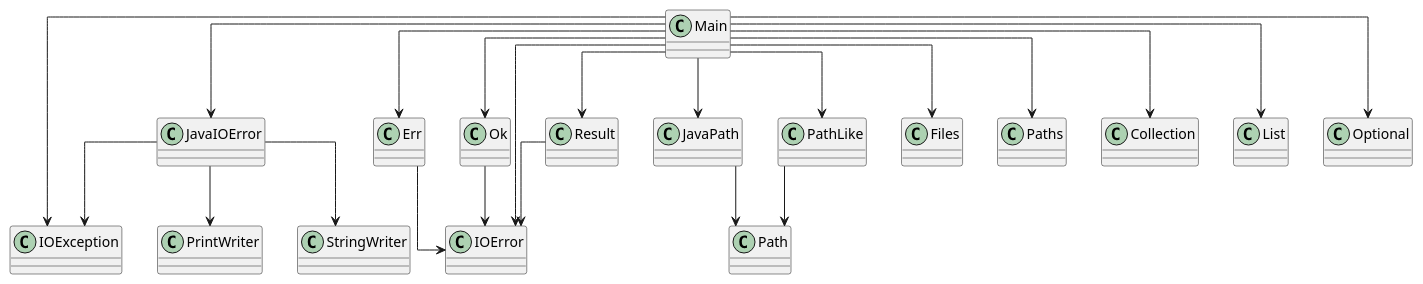
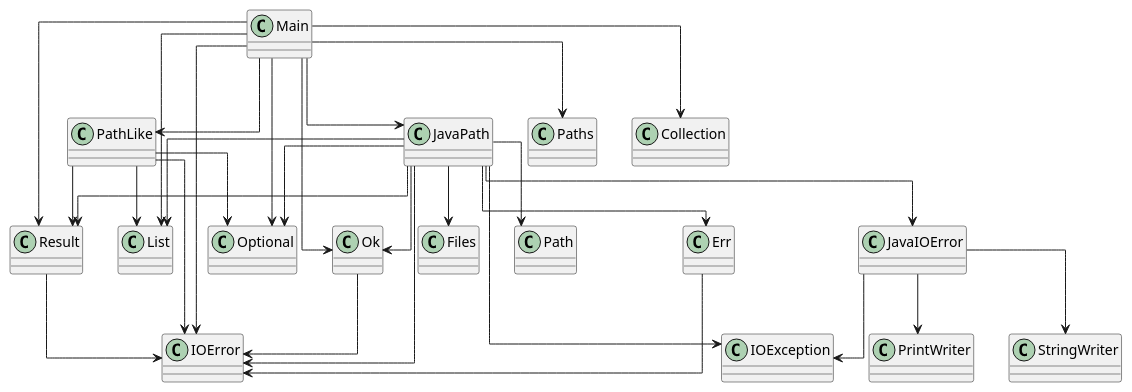
One commit to SirMathhman/Magma changed the diagram in diagram.puml. Above: the diagram before and after it, drawn with PlantUML. The commit also changed 3 other files, not shown here.

Commit message:
Move to JavaPath

```diff
--- a/diagram.puml
+++ b/diagram.puml
@@ -1,33 +1,41 @@
 @startuml
 skinparam linetype ortho
 class IOError
 class JavaIOError
 JavaIOError --> IOException
 JavaIOError --> PrintWriter
 JavaIOError --> StringWriter
 class Main
 Main --> IOError
-Main --> JavaIOError
 Main --> JavaPath
 Main --> PathLike
-Main --> Err
 Main --> Ok
 Main --> Result
-Main --> IOException
-Main --> Files
 Main --> Paths
 Main --> Collection
 Main --> List
 Main --> Optional
 class JavaPath
+JavaPath --> IOError
+JavaPath --> JavaIOError
+JavaPath --> Err
+JavaPath --> Ok
+JavaPath --> Result
+JavaPath --> IOException
+JavaPath --> Files
 JavaPath --> Path
+JavaPath --> List
+JavaPath --> Optional
 class PathLike
-PathLike --> Path
+PathLike --> IOError
+PathLike --> Result
+PathLike --> List
+PathLike --> Optional
 class Err
 Err --> IOError
 class Ok
 Ok --> IOError
 class Result
 Result --> IOError
 
 @enduml
```
